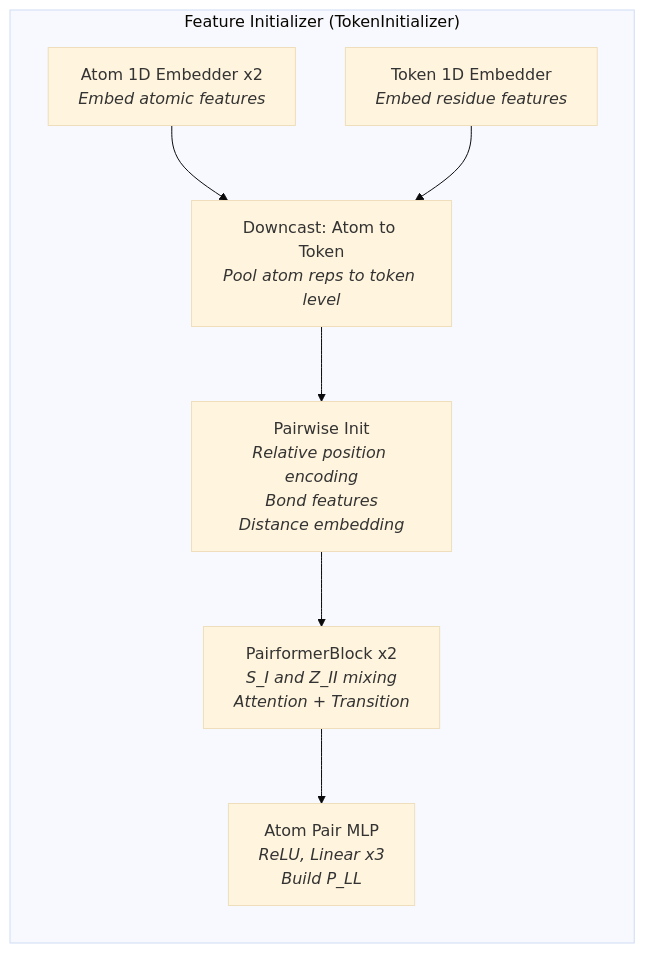
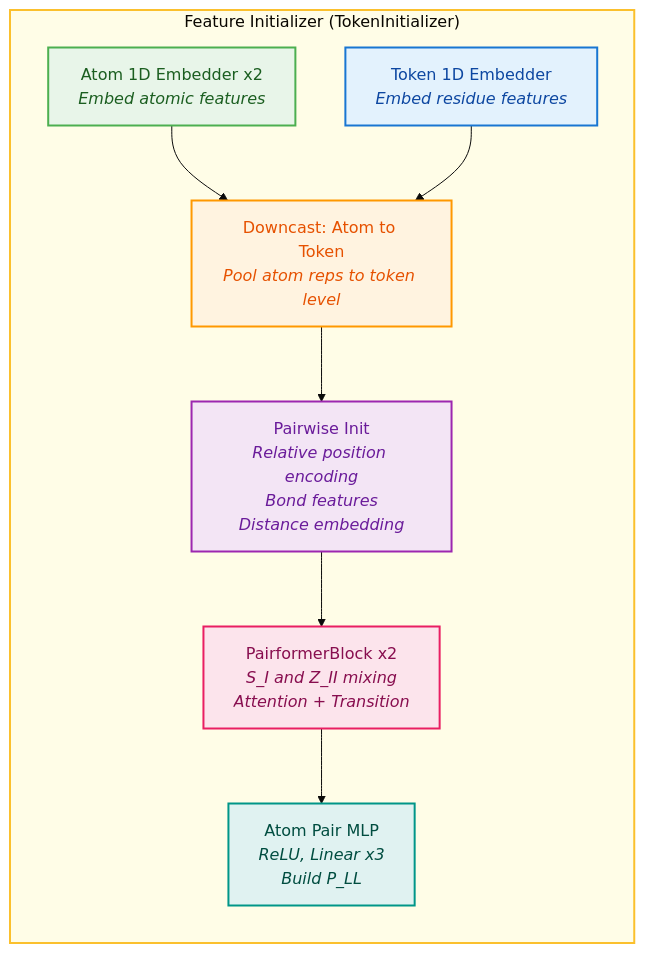
The second of 5 diagrams in models/rfd3/RFD3_architecture_mermaid.md (RTae/foundry), drawn with Mermaid (base theme) before and after one commit. The commit also changed other lines of this file, not shown here.

Commit message:
refactor: enhance styling for clarity in RFD3 model architecture diagrams

````diff
--- a/models/rfd3/RFD3_architecture_mermaid.md
+++ b/models/rfd3/RFD3_architecture_mermaid.md
@@ -53,15 +66,23 @@
 ```mermaid
 flowchart TD
     subgraph FeatureInitializer["Feature Initializer (TokenInitializer)"]
         direction TB
         A1[Atom 1D Embedder x2<br><i>Embed atomic features</i>]
         A2[Token 1D Embedder<br><i>Embed residue features</i>]
         A3[Downcast: Atom to Token<br><i>Pool atom reps to token level</i>]
         A4[Pairwise Init<br><i>Relative position encoding<br>Bond features<br>Distance embedding</i>]
         A5[PairformerBlock x2<br><i>S_I and Z_II mixing<br>Attention + Transition</i>]
         A6[Atom Pair MLP<br><i>ReLU, Linear x3<br>Build P_LL</i>]
         A1 --> A3
         A2 --> A3
         A3 --> A4 --> A5 --> A6
     end
+
+    style A1 fill:#e8f5e9,stroke:#4CAF50,stroke-width:2px,color:#1B5E20
+    style A2 fill:#e3f2fd,stroke:#1976D2,stroke-width:2px,color:#0D47A1
+    style A3 fill:#fff3e0,stroke:#FF9800,stroke-width:2px,color:#E65100
+    style A4 fill:#f3e5f5,stroke:#9C27B0,stroke-width:2px,color:#6A1B9A
+    style A5 fill:#fce4ec,stroke:#E91E63,stroke-width:2px,color:#880E4F
+    style A6 fill:#e0f2f1,stroke:#009688,stroke-width:2px,color:#004D40
+    style FeatureInitializer fill:#fffde7,stroke:#FBC02D,stroke-width:2px
 ```
````
